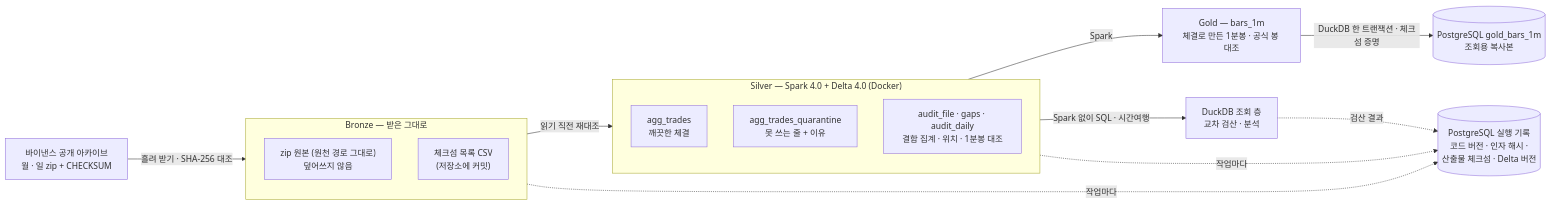
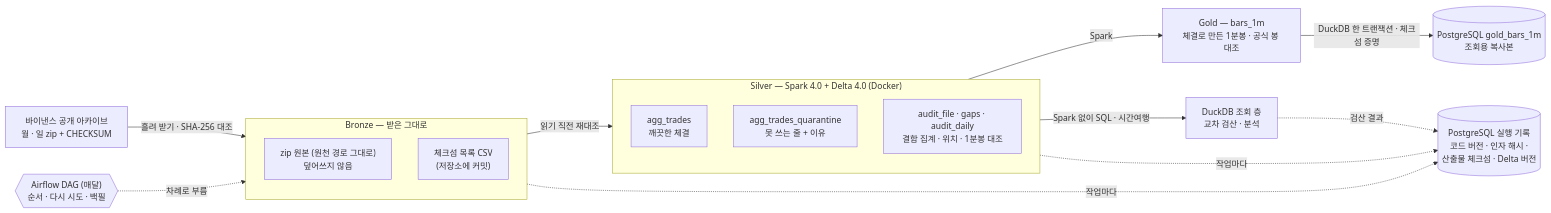
One commit to seoloo/Market_Data_Platform changed the diagram in README.md. Above: the diagram before and after it, drawn with Mermaid. The commit also changed other lines of this file and 9 other files, not shown here.

First line of the commit message:
월간 파이프라인을 Airflow DAG 하나로 묶기

````diff
--- a/README.md
+++ b/README.md
@@ -25,20 +26,21 @@
 ```mermaid
 flowchart LR
     SRC["바이낸스 공개 아카이브<br/>월 · 일 zip + CHECKSUM"] -->|흘려 받기 · SHA-256 대조| BRZ
     subgraph BRZ["Bronze — 받은 그대로"]
         B1["zip 원본 (원천 경로 그대로)<br/>덮어쓰지 않음"]
         B2["체크섬 목록 CSV<br/>(저장소에 커밋)"]
     end
     BRZ -->|읽기 직전 재대조| SLV
     subgraph SLV["Silver — Spark 4.0 + Delta 4.0 (Docker)"]
         S1["agg_trades<br/>깨끗한 체결"]
         S2["agg_trades_quarantine<br/>못 쓰는 줄 + 이유"]
         S3["audit_file · gaps · audit_daily<br/>결함 집계 · 위치 · 1분봉 대조"]
     end
     SLV -->|Spark| GLD["Gold — bars_1m<br/>체결로 만든 1분봉 · 공식 봉 대조"]
     GLD -->|DuckDB 한 트랜잭션 · 체크섬 증명| PGB[("PostgreSQL gold_bars_1m<br/>조회용 복사본")]
     SLV -->|Spark 없이 SQL · 시간여행| DUCK["DuckDB 조회 층<br/>교차 검산 · 분석"]
     BRZ -. 작업마다 .-> LOG[("PostgreSQL 실행 기록<br/>코드 버전 · 인자 해시 ·<br/>산출물 체크섬 · Delta 버전")]
     SLV -. 작업마다 .-> LOG
     DUCK -. 검산 결과 .-> LOG
+    AF{{"Airflow DAG (매달)<br/>순서 · 다시 시도 · 백필"}} -. 차례로 부름 .-> BRZ
 ```
````
